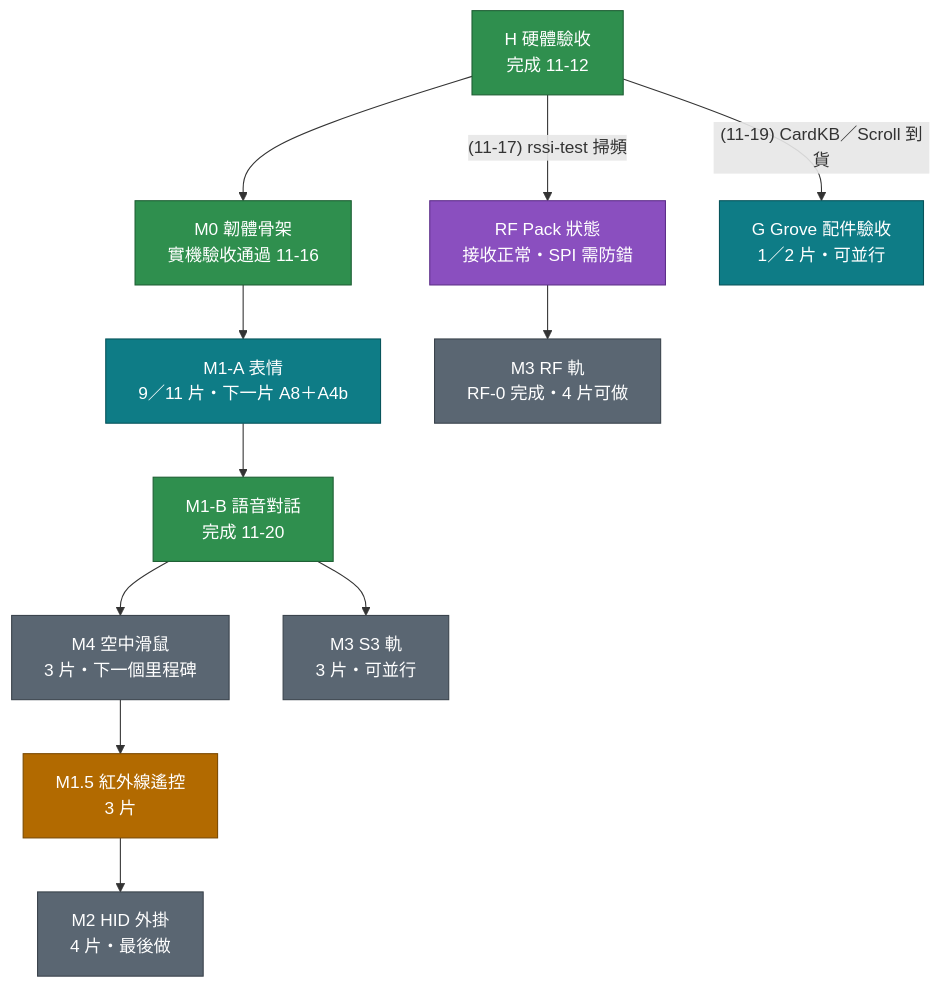
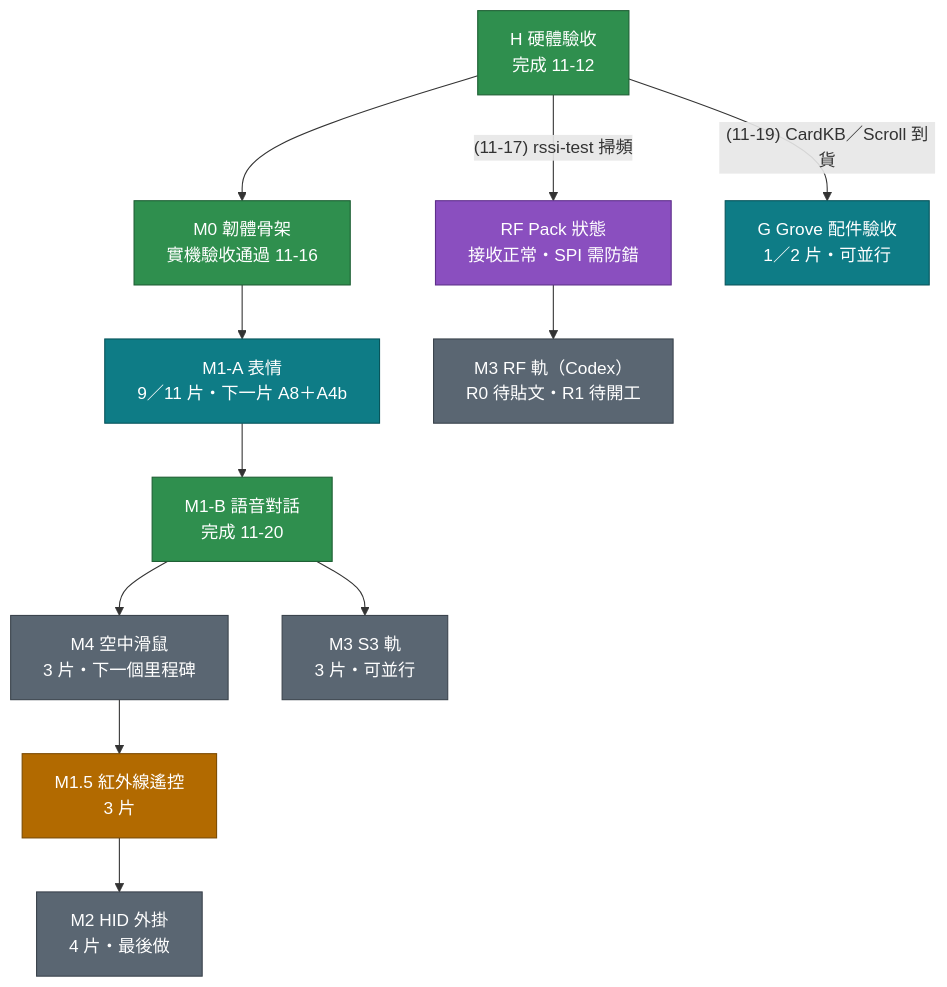
Before and after one commit to MilesYP/m5sticks3: the first of 2 diagrams in docs/StickS3 執行計劃.md, drawn with Mermaid. The commit also changed other lines of this file and 1 other file, not shown here.

````diff
--- a/docs/StickS3 執行計劃.md
+++ b/docs/StickS3 執行計劃.md
@@ -29,31 +29,31 @@
 ```mermaid
 flowchart TD
     H["H 硬體驗收<br>完成 11-12"]
     M0["M0 韌體骨架<br>實機驗收通過 11-16"]
     M1A["M1-A 表情<br>9／11 片・下一片 A8＋A4b"]
     M1B["M1-B 語音對話<br>完成 11-20"]
     M15["M1.5 紅外線遙控<br>3 片"]
     M4["M4 空中滑鼠<br>3 片・下一個里程碑"]
     M2["M2 HID 外掛<br>4 片・最後做"]
     M3S["M3 S3 軌<br>3 片・可並行"]
-    M3R["M3 RF 軌<br>RF-0 完成・4 片可做"]
+    M3R["M3 RF 軌（Codex）<br>R0 待貼文・R1 待開工"]
     RS["RF Pack 狀態<br>接收正常・SPI 需防錯"]
     G["G Grove 配件驗收<br>1／2 片・可並行"]
 
     H --> M0 --> M1A --> M1B --> M4 --> M15 --> M2
     M1B --> M3S
     H -->|"(11-17) rssi-test 掃頻"| RS --> M3R
     H -->|"(11-19) CardKB／Scroll 到貨"| G
 
     classDef done fill:#2f8f4e,color:#ffffff,stroke:#1d5e33
     classDef doing fill:#0e7c86,color:#ffffff,stroke:#08545b
     classDef next fill:#b26a00,color:#ffffff,stroke:#7a4900
     classDef todo fill:#5a6672,color:#ffffff,stroke:#3a434c
     classDef gate fill:#8a4fbf,color:#ffffff,stroke:#5e2f8a
     class H,M0,M1B done
     class M1A doing
     class M15 next
     class G doing
     class M4,M2,M3S,M3R todo
     class RS gate
 ```
````
